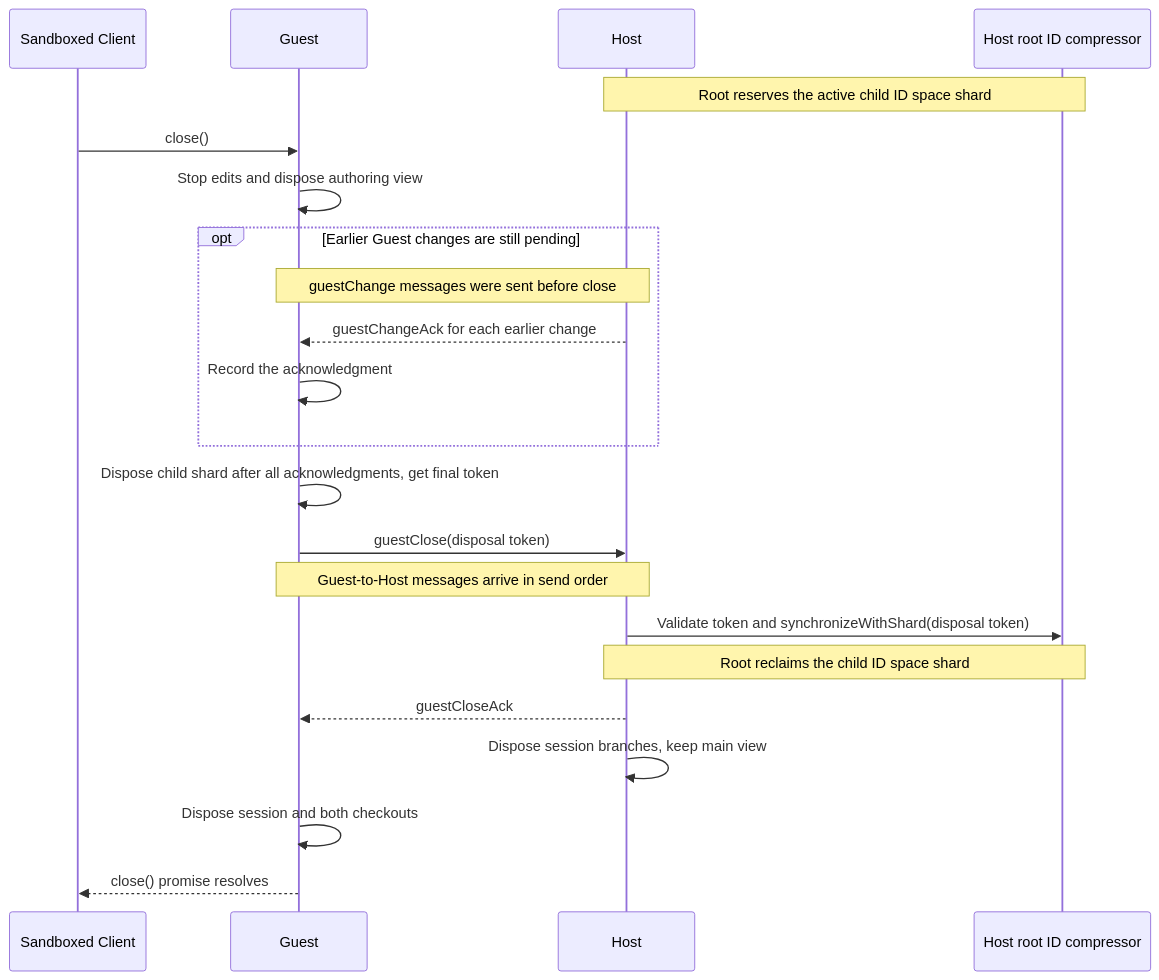
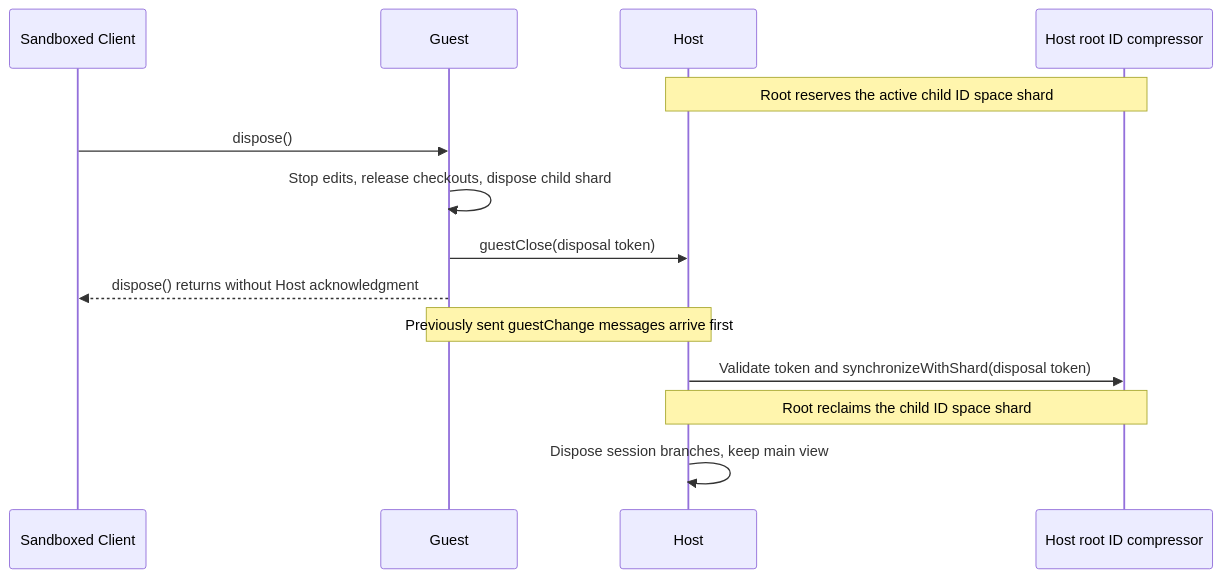
Before and after one commit to microsoft/FluidFramework: the third of 5 diagrams in packages/dds/tree/src/test/shared-tree/sandboxing/sandboxing.md, drawn with Mermaid. The commit also changed other lines of this file and 6 other files, not shown here.

Commit message:
refactor: Simplify Guest closure flow

````diff
--- a/packages/dds/tree/src/test/shared-tree/sandboxing/sandboxing.md
+++ b/packages/dds/tree/src/test/shared-tree/sandboxing/sandboxing.md
@@ -308,25 +306,17 @@
 ```mermaid
 sequenceDiagram
     participant Client as Sandboxed Client
     participant Guest
     participant Host
     participant Root as Host root ID compressor
 
     Note over Host,Root: Root reserves the active child ID space shard
-    Client->>Guest: close()
-    Guest->>Guest: Stop edits and dispose authoring view
-    opt Earlier Guest changes are still pending
-        Note over Guest,Host: guestChange messages were sent before close
-        Host-->>Guest: guestChangeAck for each earlier change
-        Guest->>Guest: Record the acknowledgment
-    end
-    Guest->>Guest: Dispose child shard after all acknowledgments, get final token
+    Client->>Guest: dispose()
+    Guest->>Guest: Stop edits, release checkouts, dispose child shard
     Guest->>Host: guestClose(disposal token)
-    Note over Guest,Host: Guest-to-Host messages arrive in send order
+    Guest-->>Client: dispose() returns without Host acknowledgment
+    Note over Guest,Host: Previously sent guestChange messages arrive first
     Host->>Root: Validate token and synchronizeWithShard(disposal token)
     Note over Host,Root: Root reclaims the child ID space shard
-    Host-->>Guest: guestCloseAck
     Host->>Host: Dispose session branches, keep main view
-    Guest->>Guest: Dispose session and both checkouts
-    Guest-->>Client: close() promise resolves
 ```
````
